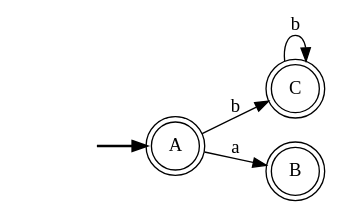
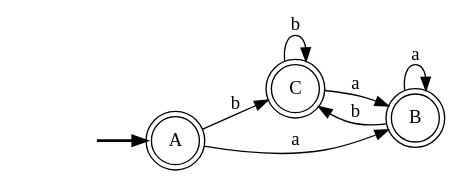
The diagram in renders/DFA.gv (gusmendez99/pld-project-1), drawn with Graphviz before and after one commit. The commit also changed 8 other files, not shown here.

```diff
--- a/renders/DFA.gv
+++ b/renders/DFA.gv
@@ -1,11 +1,14 @@
 digraph {
 	fake [style=invisible]
+	A [root=true shape=doublecircle]
 	C [shape=doublecircle]
-	A [root=true shape=doublecircle]
 	B [shape=doublecircle]
 	fake -> A [style=bold]
+	A -> C [label=b]
 	A -> B [label=a]
-	A -> C [label=b]
 	C -> C [label=b]
+	C -> B [label=a]
+	B -> B [label=a]
+	B -> C [label=b]
 	rankdir=LR
 }
```
